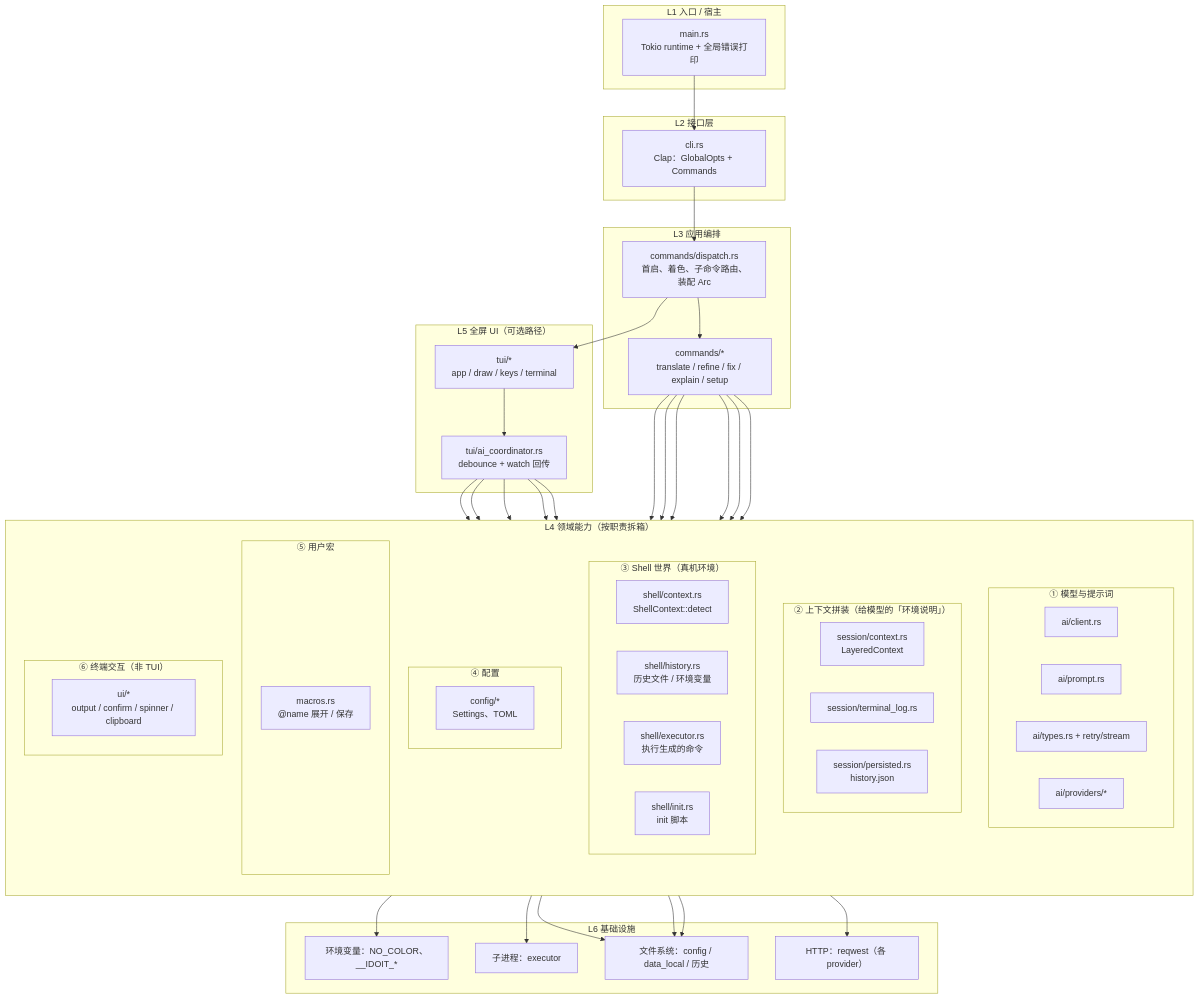
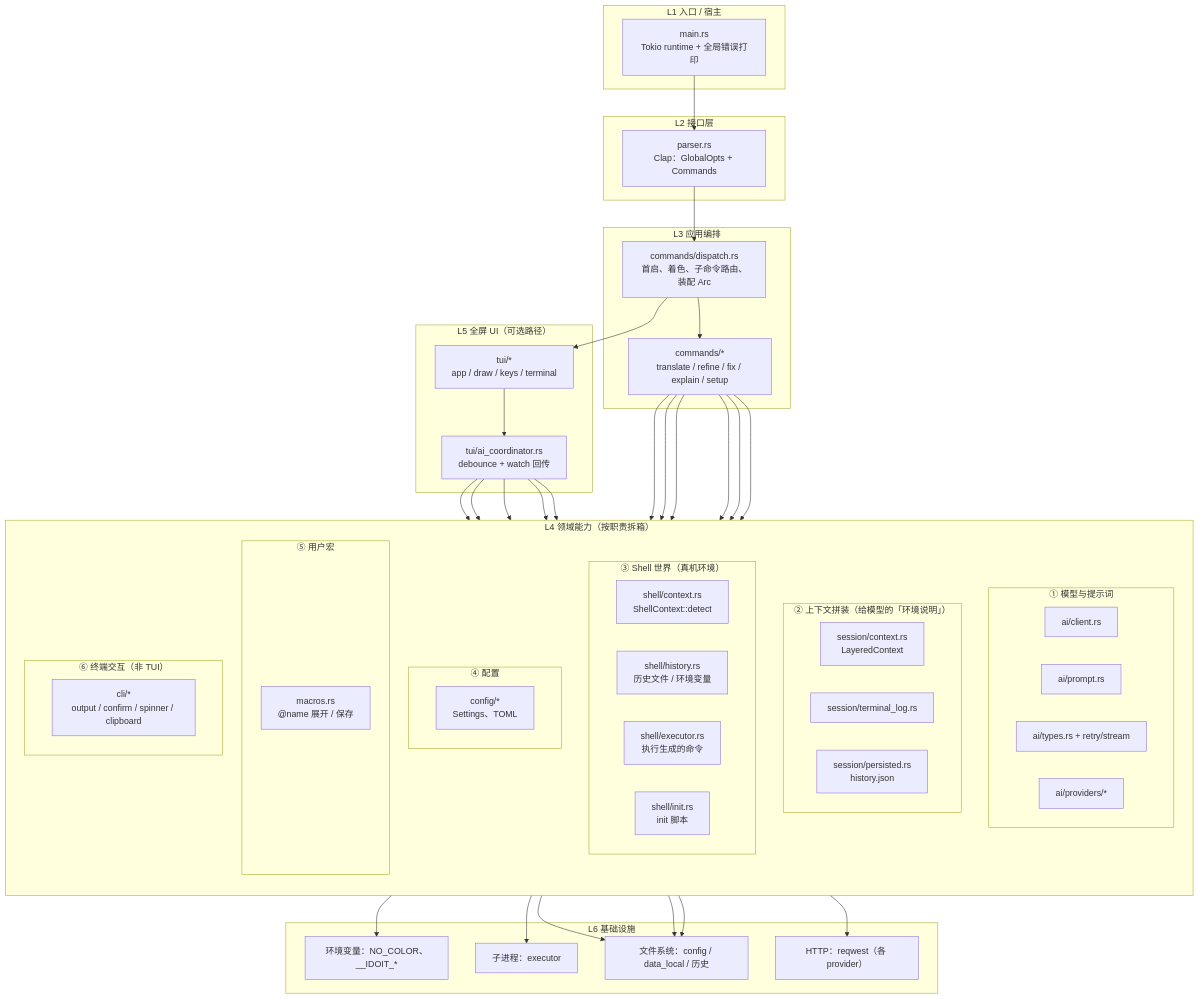
The diagram in docs/structure.md (Furry-Monster/idoit), drawn with Mermaid before and after one commit. The commit also changed 13 other files, not shown here.

Commit message:
refactor: replace CLI module with parser module, update command handling and remove unused UI components

````diff
--- a/docs/structure.md
+++ b/docs/structure.md
@@ -1,81 +1,81 @@
 ```mermaid
 flowchart TB
     subgraph L1["L1 入口 / 宿主"]
         main["main.rs\nTokio runtime + 全局错误打印"]
     end
 
     subgraph L2["L2 接口层"]
-        cli["cli.rs\nClap：GlobalOpts + Commands"]
+        parser["parser.rs\nClap：GlobalOpts + Commands"]
     end
 
     subgraph L3["L3 应用编排"]
         dispatch["commands/dispatch.rs\n首启、着色、子命令路由、装配 Arc"]
         handlers["commands/*\ntranslate / refine / fix / explain / setup"]
     end
 
     subgraph L4["L4 领域能力（按职责拆箱）"]
         direction TB
         subgraph C_AI["① 模型与提示词"]
             aic["ai/client.rs"]
             aip["ai/prompt.rs"]
             aity["ai/types.rs + retry/stream"]
             prov["ai/providers/*"]
         end
         subgraph C_CTX["② 上下文拼装（给模型的「环境说明」）"]
             lay["session/context.rs\nLayeredContext"]
             term["session/terminal_log.rs"]
             pers["session/persisted.rs\nhistory.json"]
         end
         subgraph C_SH["③ Shell 世界（真机环境）"]
             sctx["shell/context.rs\nShellContext::detect"]
             shist["shell/history.rs\n历史文件 / 环境变量"]
             sexec["shell/executor.rs\n执行生成的命令"]
             sinit["shell/init.rs\ninit 脚本"]
         end
         subgraph C_CFG["④ 配置"]
             cfg["config/*\nSettings、TOML"]
         end
         subgraph C_MACRO["⑤ 用户宏"]
             mac["macros.rs\n@name 展开 / 保存"]
         end
-        subgraph C_UI["⑥ 终端交互（非 TUI）"]
-            uip["ui/*\noutput / confirm / spinner / clipboard"]
+        subgraph C_CLI["⑥ 终端交互（非 TUI）"]
+            climod["cli/*\noutput / confirm / spinner / clipboard"]
         end
     end
 
     subgraph L5["L5 全屏 UI（可选路径）"]
         tuiroot["tui/*\napp / draw / keys / terminal"]
         coord["tui/ai_coordinator.rs\ndebounce + watch 回传"]
     end
 
     subgraph L6["L6 基础设施"]
         http["HTTP：reqwest（各 provider）"]
         fs["文件系统：config / data_local / 历史"]
         sub["子进程：executor"]
         env["环境变量：NO_COLOR、__IDOIT_*"]
     end
 
-    main --> cli
-    cli --> dispatch
+    main --> parser
+    parser --> dispatch
     dispatch --> handlers
     dispatch --> tuiroot
     handlers --> C_AI
     handlers --> C_CTX
     handlers --> C_SH
     handlers --> C_CFG
     handlers --> C_MACRO
-    handlers --> C_UI
+    handlers --> C_CLI
     tuiroot --> coord
     coord --> C_AI
     coord --> C_CTX
     coord --> C_SH
     coord --> C_CFG
     coord --> mac
     C_AI --> http
     C_CFG --> fs
     C_CTX --> fs
     C_SH --> fs
     C_SH --> sub
     C_SH --> env
 
 ```
````
